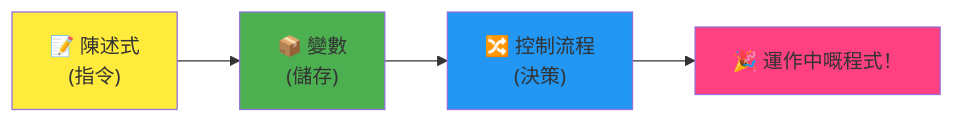
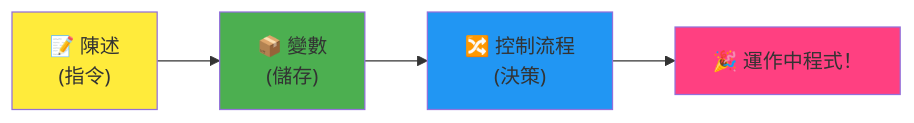
One commit to microsoft/Web-Dev-For-Beginners changed the fourth of 7 diagrams in translations/zh-HK/1-getting-started-lessons/1-intro-to-programming-languages/README.md. Above: the diagram before and after it, drawn with Mermaid. The commit also changed other lines of this file and 8 other files, not shown here.

````diff
--- a/translations/zh-HK/1-getting-started-lessons/1-intro-to-programming-languages/README.md
+++ b/translations/zh-HK/1-getting-started-lessons/1-intro-to-programming-languages/README.md
@@ -466,9 +467,9 @@
 ```mermaid
 flowchart LR
-    A["📝 陳述式<br/>(指令)"] --> B["📦 變數<br/>(儲存)"] --> C["🔀 控制流程<br/>(決策)"] --> D["🎉 運作中嘅程式！"]
+    A["📝 陳述<br/>(指令)"] --> B["📦 變數<br/>(儲存)"] --> C["🔀 控制流程<br/>(決策)"] --> D["🎉 運作中程式！"]
     
     style A fill:#ffeb3b
     style B fill:#4caf50
     style C fill:#2196f3
     style D fill:#ff4081
 ```
````
